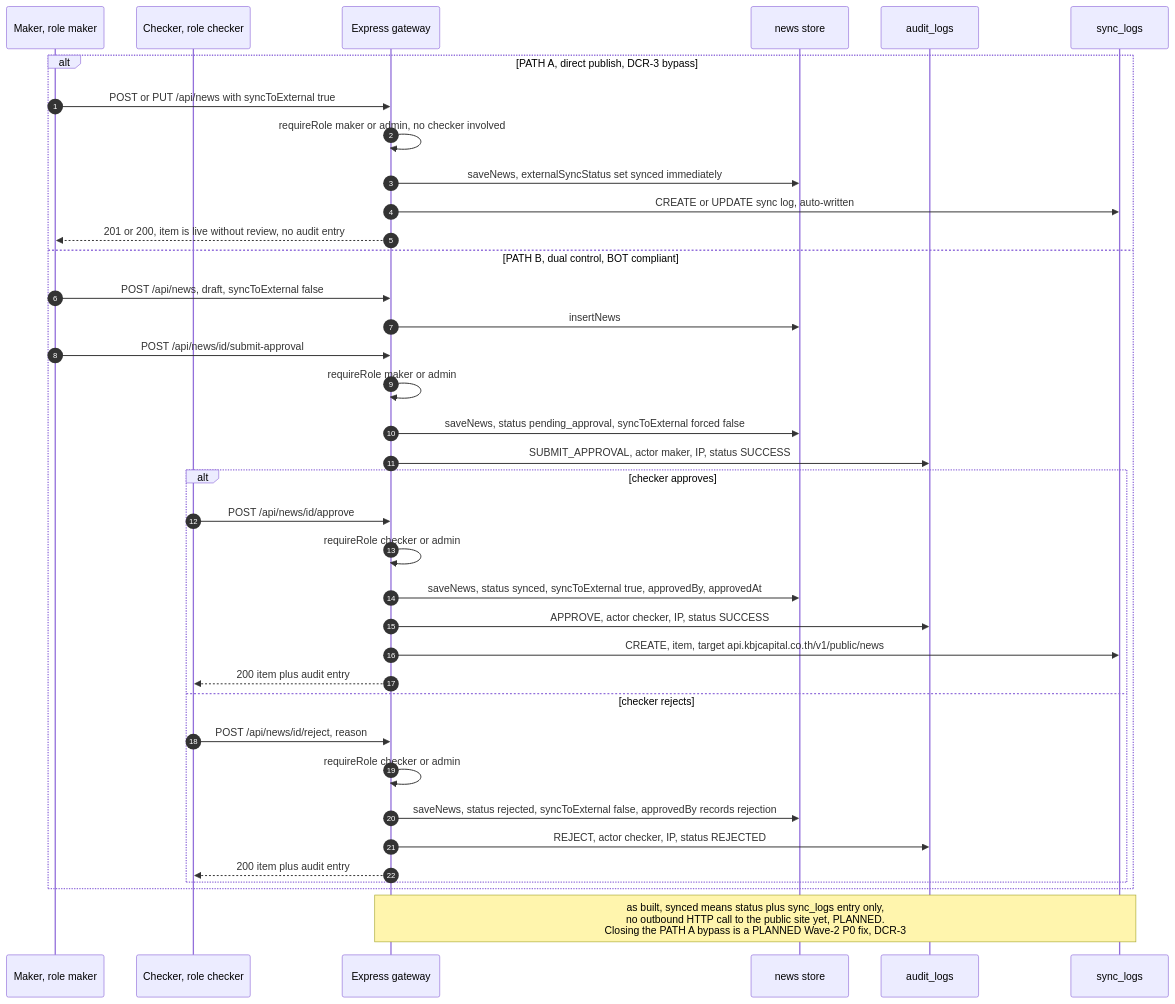
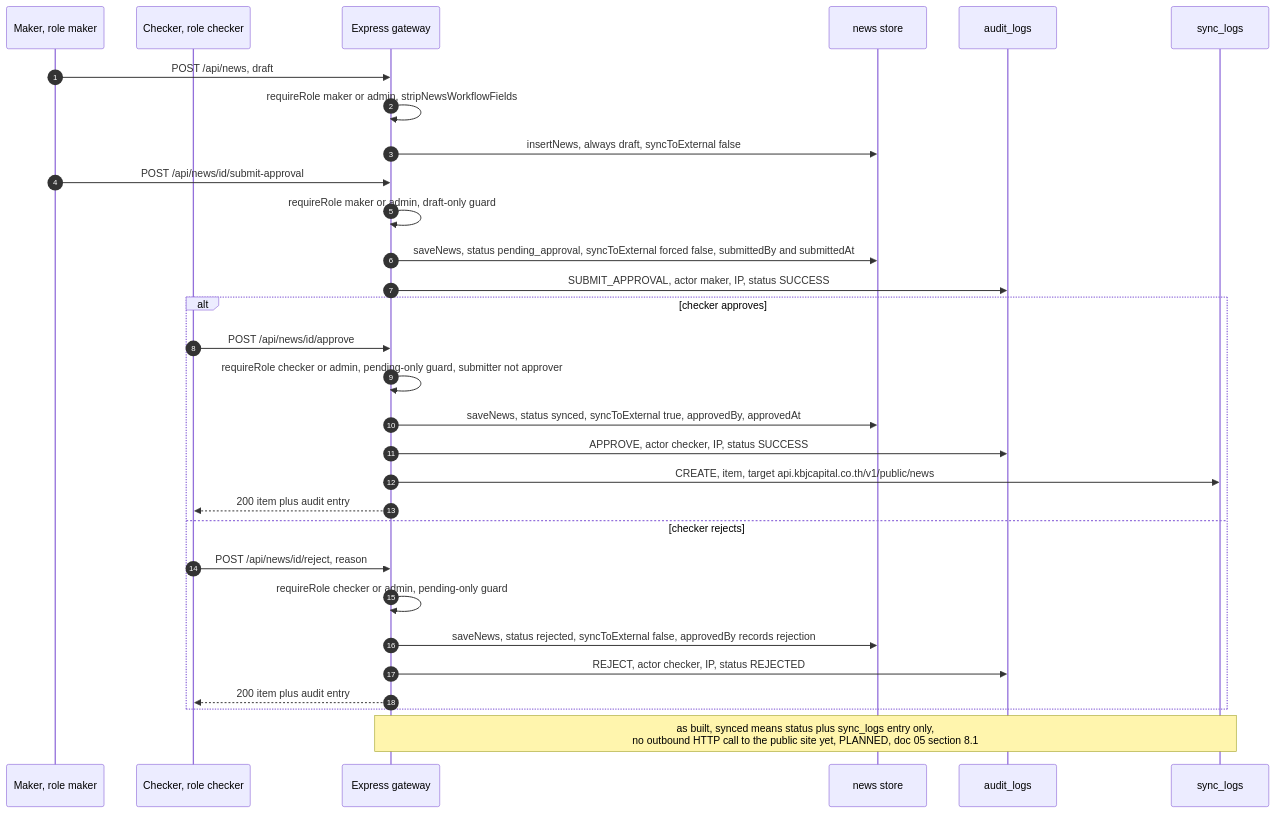
Before and after one commit to narongsak-sukma/InternalWeb-New: the eighth of 12 diagrams in docs/deliverables/06-architecture-diagram.md, drawn with Mermaid. The commit also changed other lines of this file and 5 other files, not shown here.

````diff
--- a/docs/deliverables/06-architecture-diagram.md
+++ b/docs/deliverables/06-architecture-diagram.md
@@ -357,40 +363,33 @@
 ```mermaid
 sequenceDiagram
     autonumber
     participant M as Maker, role maker
     participant C as Checker, role checker
     participant G as Express gateway
     participant N as news store
     participant A as audit_logs
     participant S as sync_logs
 
-    alt PATH A, direct publish, DCR-3 bypass
-        M->>G: POST or PUT /api/news with syncToExternal true
-        G->>G: requireRole maker or admin, no checker involved
-        G->>N: saveNews, externalSyncStatus set synced immediately
-        G->>S: CREATE or UPDATE sync log, auto-written
-        G-->>M: 201 or 200, item is live without review, no audit entry
-    else PATH B, dual control, BOT compliant
-        M->>G: POST /api/news, draft, syncToExternal false
-        G->>N: insertNews
-        M->>G: POST /api/news/id/submit-approval
-        G->>G: requireRole maker or admin
-        G->>N: saveNews, status pending_approval, syncToExternal forced false
-        G->>A: SUBMIT_APPROVAL, actor maker, IP, status SUCCESS
-        alt checker approves
-            C->>G: POST /api/news/id/approve
-            G->>G: requireRole checker or admin
-            G->>N: saveNews, status synced, syncToExternal true, approvedBy, approvedAt
-            G->>A: APPROVE, actor checker, IP, status SUCCESS
-            G->>S: CREATE, item, target api.kbjcapital.co.th/v1/public/news
-            G-->>C: 200 item plus audit entry
-        else checker rejects
-            C->>G: POST /api/news/id/reject, reason
-            G->>G: requireRole checker or admin
-            G->>N: saveNews, status rejected, syncToExternal false, approvedBy records rejection
-            G->>A: REJECT, actor checker, IP, status REJECTED
-            G-->>C: 200 item plus audit entry
-        end
+    M->>G: POST /api/news, draft
+    G->>G: requireRole maker or admin, stripNewsWorkflowFields
+    G->>N: insertNews, always draft, syncToExternal false
+    M->>G: POST /api/news/id/submit-approval
+    G->>G: requireRole maker or admin, draft-only guard
+    G->>N: saveNews, status pending_approval, syncToExternal forced false, submittedBy and submittedAt
+    G->>A: SUBMIT_APPROVAL, actor maker, IP, status SUCCESS
+    alt checker approves
+        C->>G: POST /api/news/id/approve
+        G->>G: requireRole checker or admin, pending-only guard, submitter not approver
+        G->>N: saveNews, status synced, syncToExternal true, approvedBy, approvedAt
+        G->>A: APPROVE, actor checker, IP, status SUCCESS
+        G->>S: CREATE, item, target api.kbjcapital.co.th/v1/public/news
+        G-->>C: 200 item plus audit entry
+    else checker rejects
+        C->>G: POST /api/news/id/reject, reason
+        G->>G: requireRole checker or admin, pending-only guard
+        G->>N: saveNews, status rejected, syncToExternal false, approvedBy records rejection
+        G->>A: REJECT, actor checker, IP, status REJECTED
+        G-->>C: 200 item plus audit entry
     end
-    Note over G,S: as built, synced means status plus sync_logs entry only,<br/>no outbound HTTP call to the public site yet, PLANNED.<br/>Closing the PATH A bypass is a PLANNED Wave-2 P0 fix, DCR-3
+    Note over G,S: as built, synced means status plus sync_logs entry only,<br/>no outbound HTTP call to the public site yet, PLANNED, doc 05 section 8.1
 ```
````
